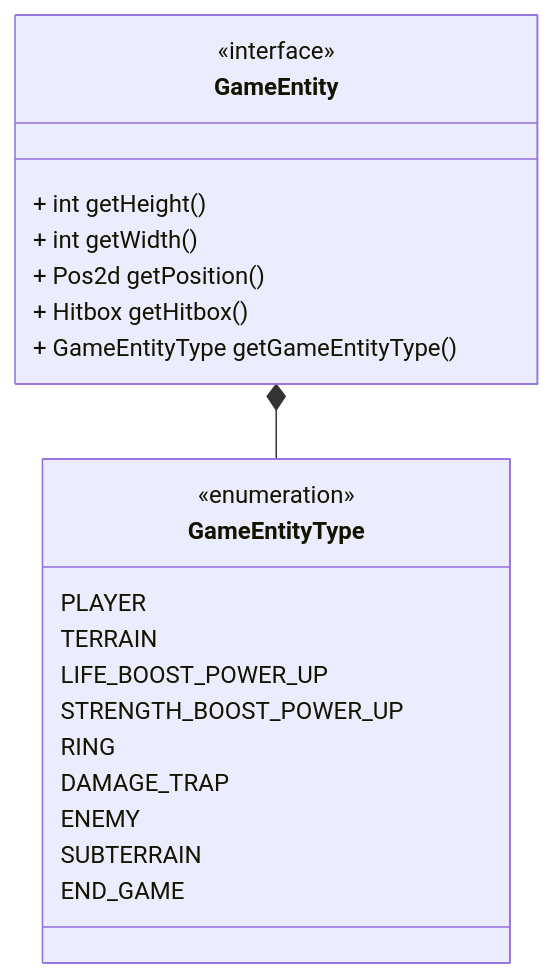
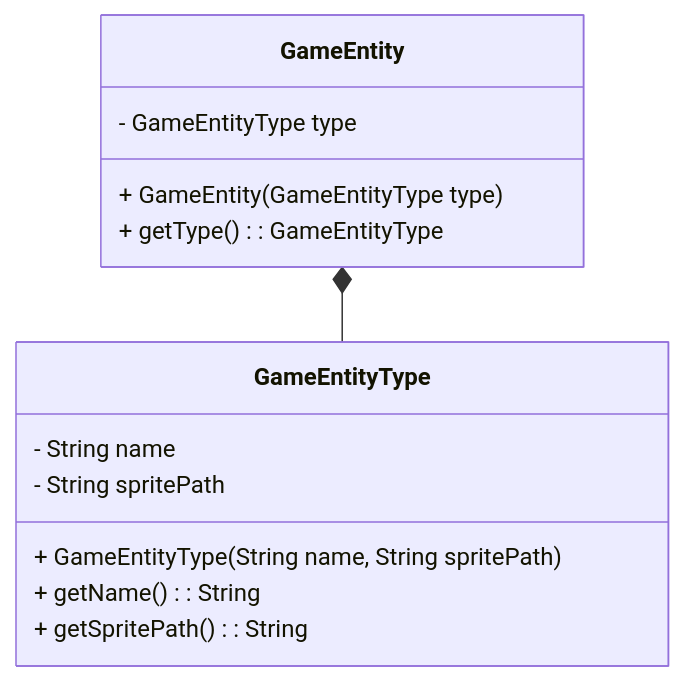
Before and after one commit to unibo-oop-projects/OOP23-FilippoMassariFilippoMassari6studio-MatteoBagnolini-FilippoMassari-SaadElMaliki-Matteo-SUPSON: the sixth of 10 diagrams in report.md, drawn with Mermaid. The commit also changed other lines of this file and 1 other file, not shown here.

````diff
--- a/report.md
+++ b/report.md
@@ -299,27 +299,20 @@
 ```mermaid
 classDiagram
+    GameEntity *-- GameEntityType
+
     class GameEntity {
-        <<interface>>
-        + int getHeight()
-        + int getWidth()
-        + Pos2d getPosition()
-        + Hitbox getHitbox()
-        + GameEntityType getGameEntityType()
+        - GameEntityType type
+        + GameEntity(GameEntityType type)
+        + getType() : GameEntityType
     }
 
     class GameEntityType {
-        <<enumeration>>
-        PLAYER
-        TERRAIN
-        LIFE_BOOST_POWER_UP
-        STRENGTH_BOOST_POWER_UP
-        RING
-        DAMAGE_TRAP
-        ENEMY
-        SUBTERRAIN
-        END_GAME
+        - String name
+        - String spritePath
+        + GameEntityType(String name, String spritePath)
+        + getName() : String
+        + getSpritePath() : String
     }
 
-    GameEntity *-- GameEntityType
 
 ```
````
